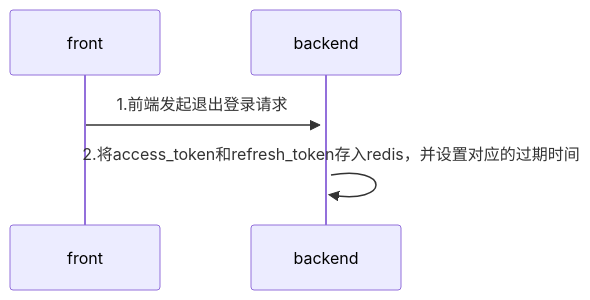
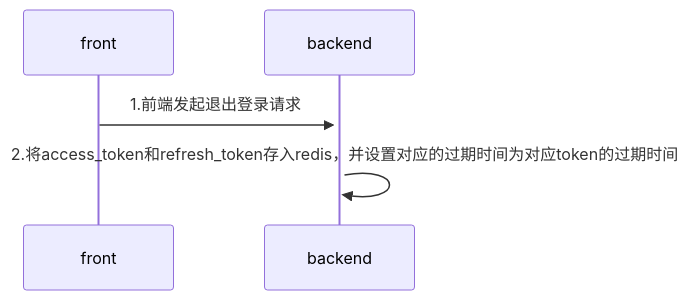
The diagram in all/未命名-4.md (yingjianzh/iodraw-files), drawn with Mermaid before and after one commit.

Commit message:
2024-08-05 11:19:02 update

````diff
--- a/all/未命名-4.md
+++ b/all/未命名-4.md
@@ -1,6 +1,6 @@
 ```mermaid
 sequenceDiagram
     front->>+backend: 1.前端发起退出登录请求
-    backend->>backend: 2.将access_token和refresh_token存入redis，并设置对应的过期时间
+    backend->>backend: 2.将access_token和refresh_token存入redis，并设置对应的过期时间为对应token的过期时间
    
 ```
````
